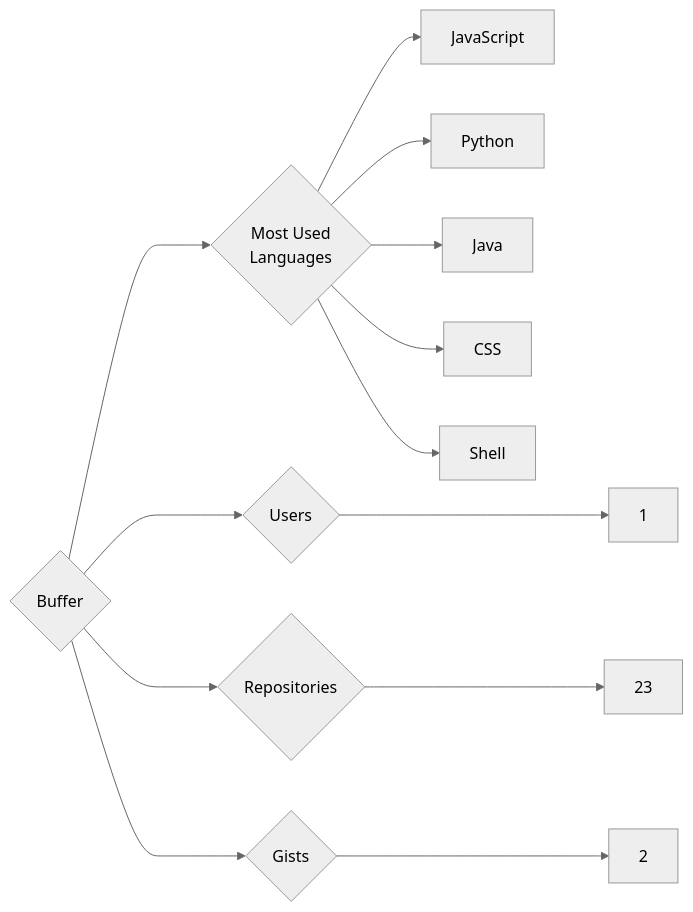
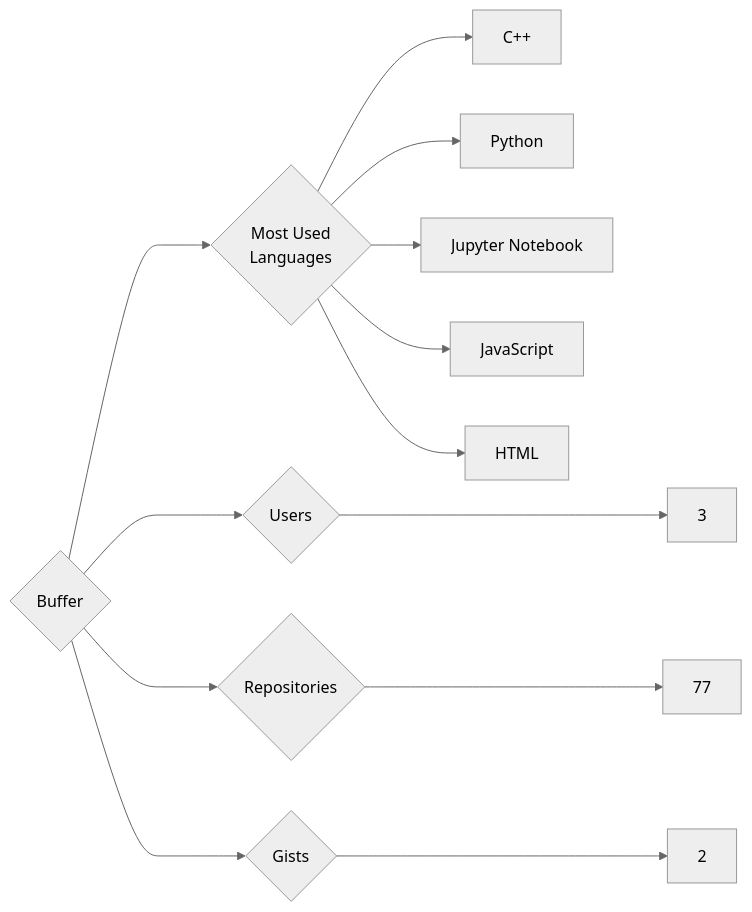
One commit to trickest/insiders changed the diagram in targets/Buffer/README.md. Above: the diagram before and after it, drawn with Mermaid (neutral theme). The commit also changed 925 other files, not shown here.

````diff
--- a/targets/Buffer/README.md
+++ b/targets/Buffer/README.md
@@ -3,13 +3,13 @@
 ```mermaid
 graph LR
 COMPANY_NAME{Buffer}
-COMPANY_NAME ---> U{Users} ---> UN[1]
-COMPANY_NAME ---> R{Repositories} ---> RN[23]
+COMPANY_NAME ---> U{Users} ---> UN[3]
+COMPANY_NAME ---> R{Repositories} ---> RN[77]
 COMPANY_NAME ---> G{Gists} ---> GN[2]
 COMPANY_NAME ---> ML{Most Used<br>Languages}
+ML --> C++[C++]
+ML --> Python[Python]
+ML --> Jupyter_Notebook[Jupyter Notebook]
 ML --> JavaScript[JavaScript]
-ML --> Python[Python]
-ML --> Java[Java]
-ML --> CSS[CSS]
-ML --> Shell[Shell]
+ML --> HTML[HTML]
 ```
````
